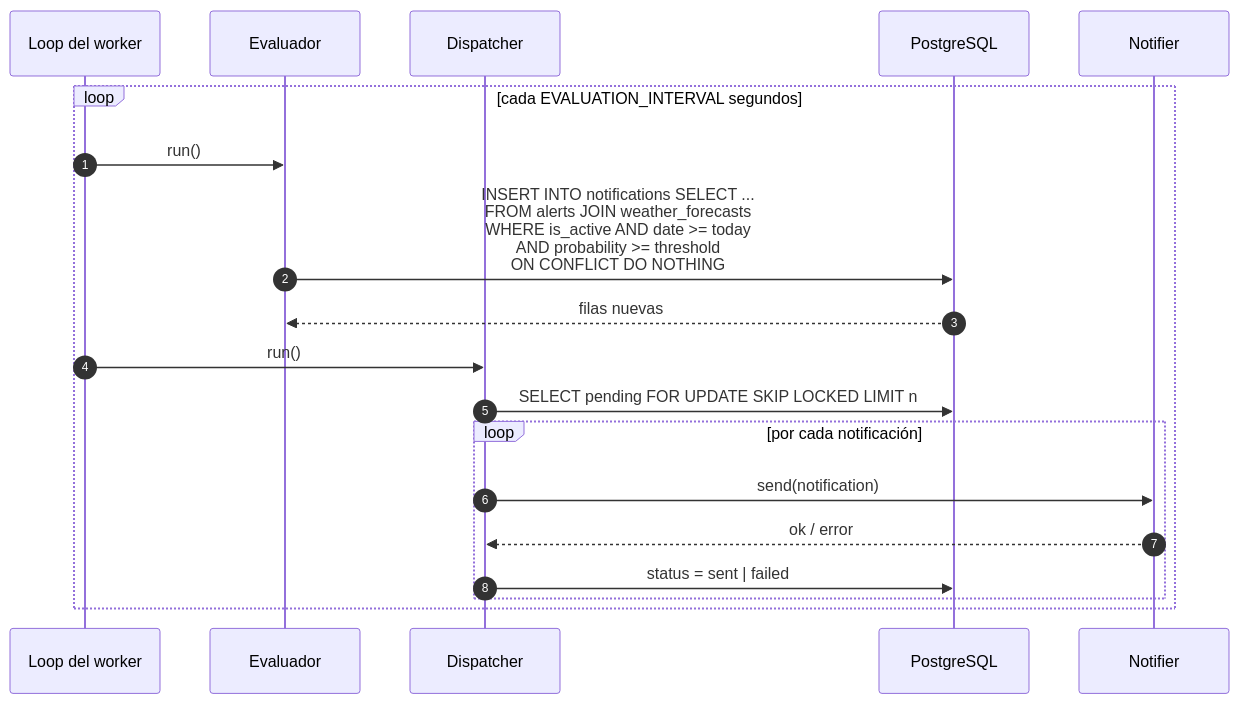
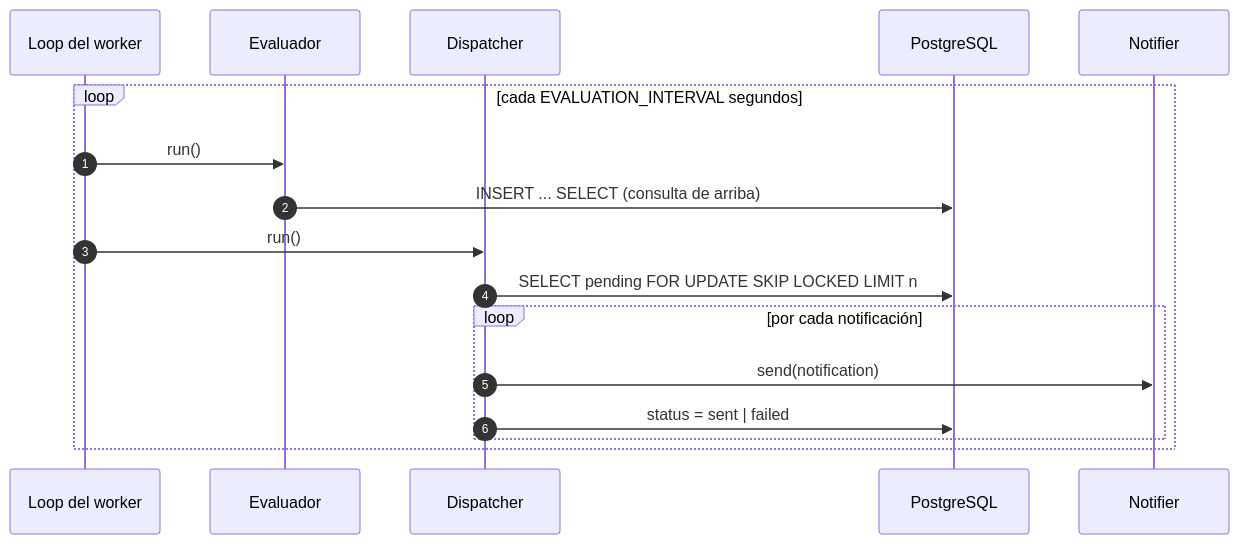
Before and after one commit to MolinaFranco/weather-alerts: the fourth of 5 diagrams in docs/plan.md, drawn with Mermaid. The commit also changed other lines of this file, not shown here.

````diff
--- a/docs/plan.md
+++ b/docs/plan.md
@@ -123,22 +282,20 @@
 ```mermaid
 sequenceDiagram
     autonumber
     participant L as Loop del worker
     participant E as Evaluador
     participant D as Dispatcher
     participant DB as PostgreSQL
     participant N as Notifier
 
     loop cada EVALUATION_INTERVAL segundos
         L->>E: run()
-        E->>DB: INSERT INTO notifications SELECT ... <br/>FROM alerts JOIN weather_forecasts<br/>WHERE is_active AND date >= today<br/>AND probability >= threshold<br/>ON CONFLICT DO NOTHING
-        DB-->>E: filas nuevas
+        E->>DB: INSERT ... SELECT (consulta de arriba)
         L->>D: run()
         D->>DB: SELECT pending FOR UPDATE SKIP LOCKED LIMIT n
         loop por cada notificación
             D->>N: send(notification)
-            N-->>D: ok / error
             D->>DB: status = sent | failed
         end
     end
 ```
````
